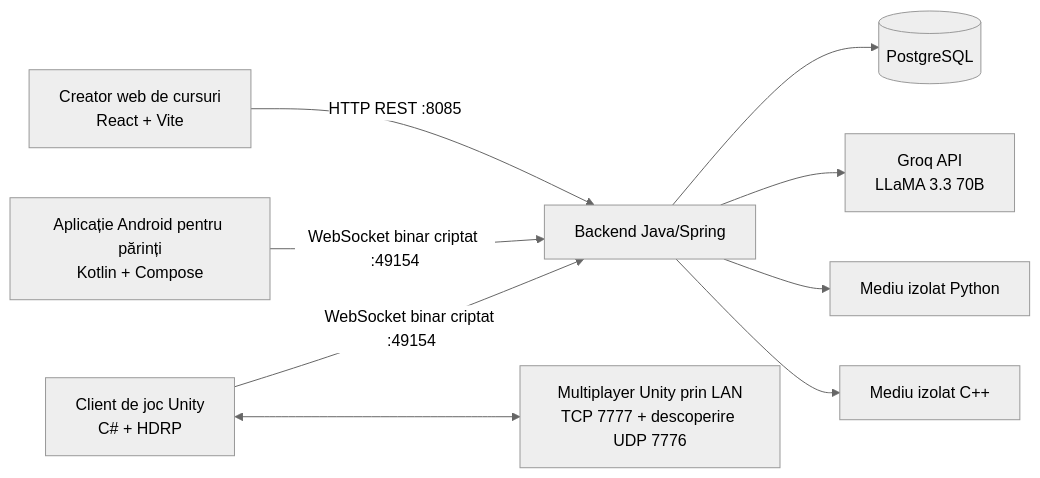
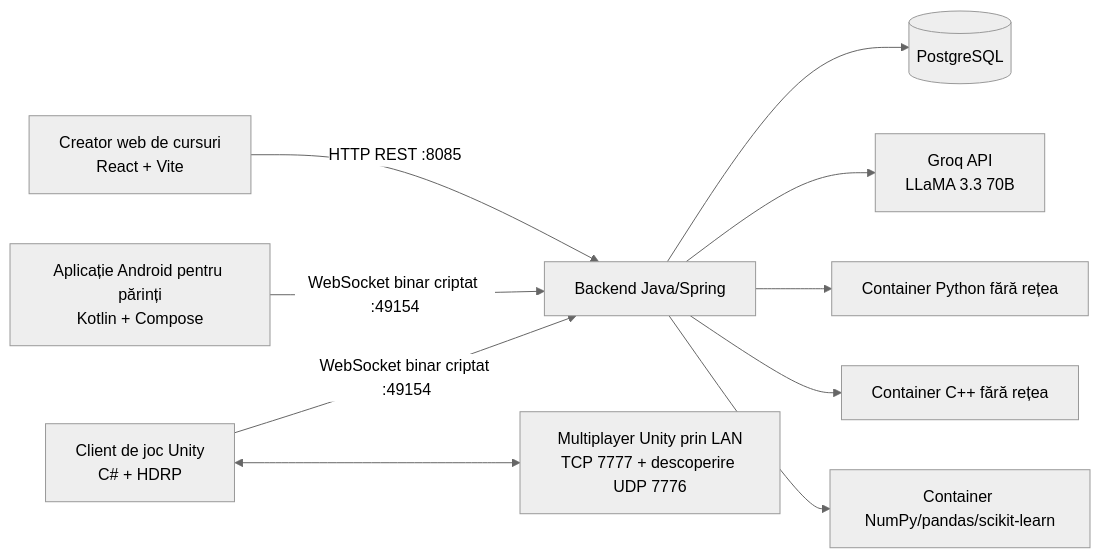
One commit to Ieditzu/Mentora changed the first of 5 diagrams in README.md. Above: the diagram before and after it, drawn with Mermaid (neutral theme). The commit also changed other lines of this file and 96 other files, not shown here.

````diff
--- a/README.md
+++ b/README.md
@@ -86,13 +86,14 @@
 ```mermaid
 flowchart LR
     Web[Creator web de cursuri<br/>React + Vite] -->|HTTP REST :8085| Backend[Backend Java/Spring]
     Android[Aplicație Android pentru părinți<br/>Kotlin + Compose] -->|WebSocket binar criptat :49154| Backend
     Unity[Client de joc Unity<br/>C# + HDRP] -->|WebSocket binar criptat :49154| Backend
 
     Backend --> DB[(PostgreSQL)]
     Backend --> Groq[Groq API<br/>LLaMA 3.3 70B]
-    Backend --> Python[Mediu izolat Python]
-    Backend --> Cpp[Mediu izolat C++]
+    Backend --> Python[Container Python fără rețea]
+    Backend --> Cpp[Container C++ fără rețea]
+    Backend --> ML[Container NumPy/pandas/scikit-learn]
 
     Unity <--> LAN[Multiplayer Unity prin LAN<br/>TCP 7777 + descoperire UDP 7776]
 ```
````
